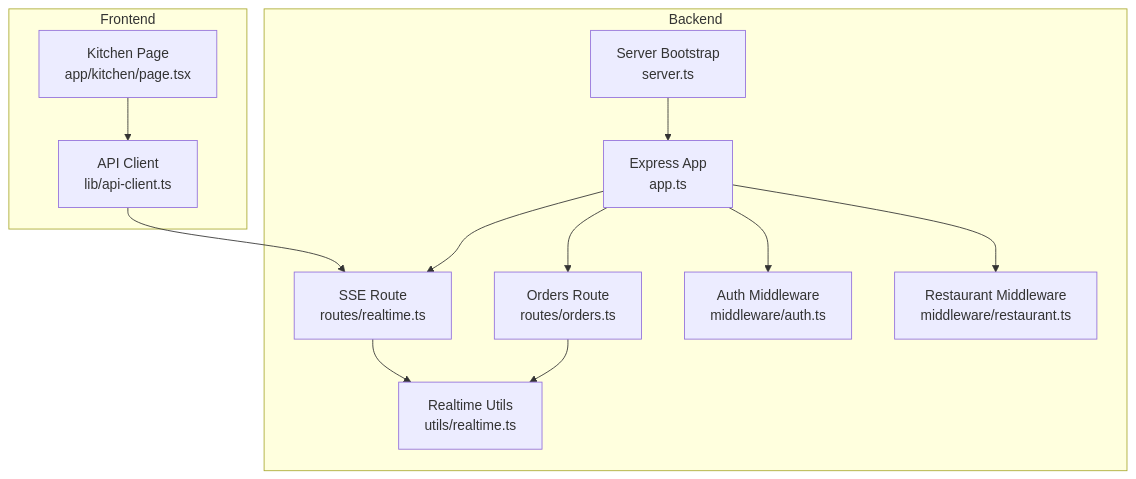
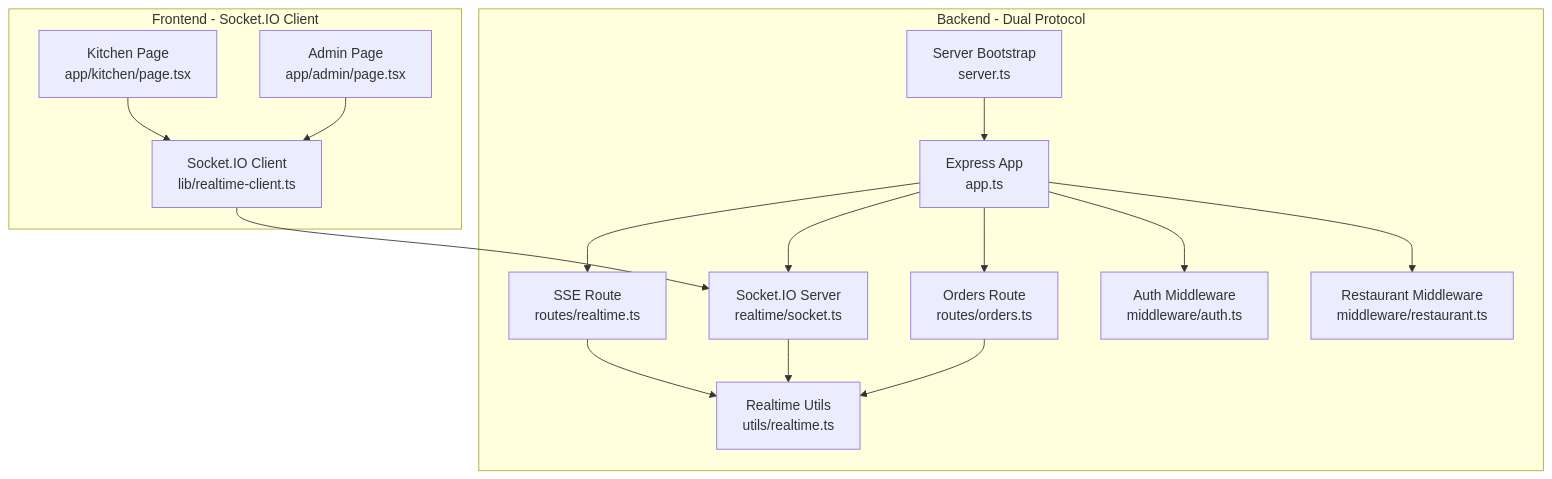
The first of 6 diagrams in .qoder/repowiki/en/content/Backend System/Utility Libraries/Real-time Communication.md (Dequeue-Tech/DeQ-Bite), drawn with Mermaid before and after one commit. The commit also changed other lines of this file and 25 other files, not shown here.

````diff
--- a/.qoder/repowiki/en/content/Backend System/Utility Libraries/Real-time Communication.md
+++ b/.qoder/repowiki/en/content/Backend System/Utility Libraries/Real-time Communication.md
@@ -43,25 +61,30 @@
 ```mermaid
 graph TB
-subgraph "Backend"
+subgraph "Backend - Dual Protocol"
 A["Express App<br/>app.ts"]
 B["SSE Route<br/>routes/realtime.ts"]
-C["Realtime Utils<br/>utils/realtime.ts"]
-D["Orders Route<br/>routes/orders.ts"]
-E["Auth Middleware<br/>middleware/auth.ts"]
-F["Restaurant Middleware<br/>middleware/restaurant.ts"]
-G["Server Bootstrap<br/>server.ts"]
+C["Socket.IO Server<br/>realtime/socket.ts"]
+D["Realtime Utils<br/>utils/realtime.ts"]
+E["Orders Route<br/>routes/orders.ts"]
+F["Auth Middleware<br/>middleware/auth.ts"]
+G["Restaurant Middleware<br/>middleware/restaurant.ts"]
+H["Server Bootstrap<br/>server.ts"]
 end
-subgraph "Frontend"
-X["API Client<br/>lib/api-client.ts"]
+subgraph "Frontend - Socket.IO Client"
+X["Socket.IO Client<br/>lib/realtime-client.ts"]
 Y["Kitchen Page<br/>app/kitchen/page.tsx"]
+Z["Admin Page<br/>app/admin/page.tsx"]
 end
 A --> B
-A --> D
-B --> C
-D --> C
-X --> B
+A --> C
+A --> E
+B --> D
+C --> D
+E --> D
+X --> C
 Y --> X
-A --> E
+Z --> X
 A --> F
-G --> A
+A --> G
+H --> A
 ```
````
